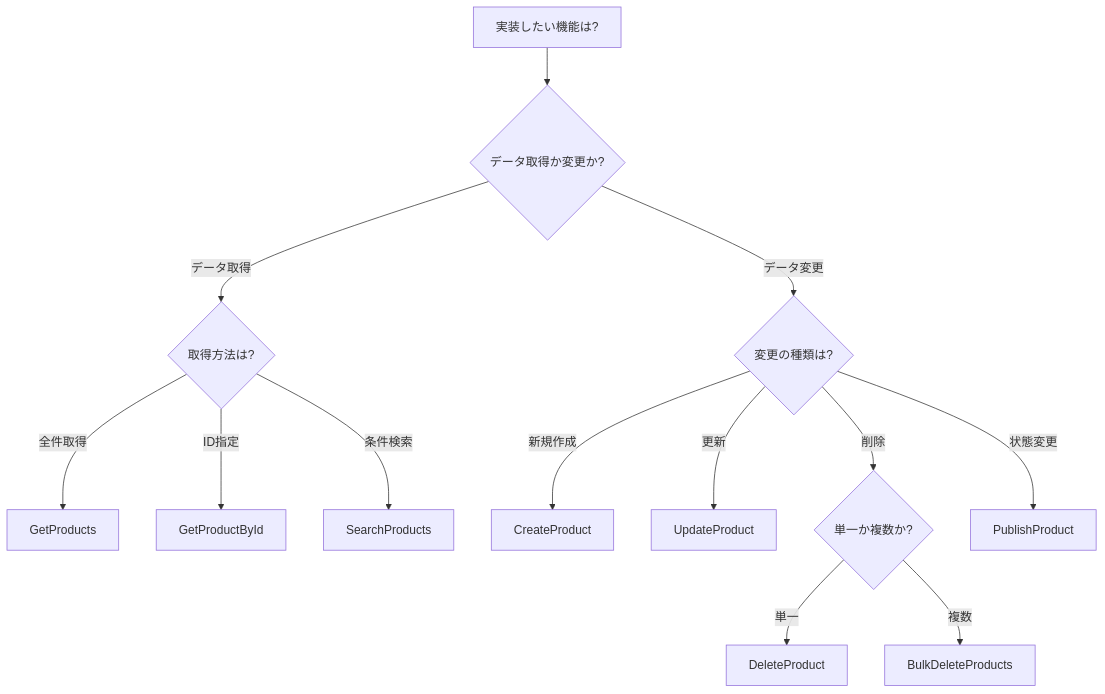
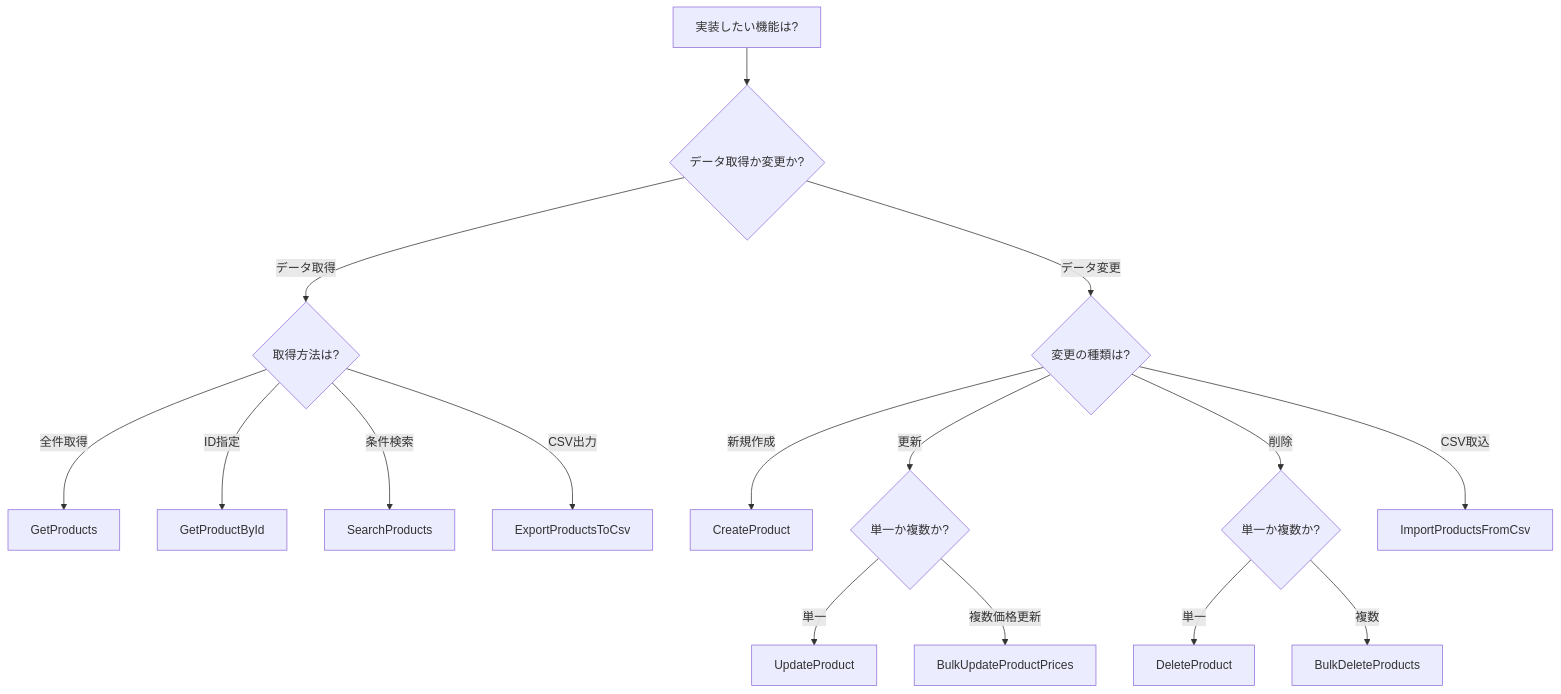
The diagram in docs/blazor-guide-package/docs/03_パターンカタログ一覧.md (akiramei/blazor-enterprise-architecture-poc), drawn with Mermaid before and after one commit. The commit also changed other lines of this file, not shown here.

````diff
--- a/docs/blazor-guide-package/docs/03_パターンカタログ一覧.md
+++ b/docs/blazor-guide-package/docs/03_パターンカタログ一覧.md
@@ -431,19 +665,23 @@
 ```mermaid
 graph TD
     A[実装したい機能は?] --> B{データ取得か変更か?}
 
     B -->|データ取得| C{取得方法は?}
     B -->|データ変更| D{変更の種類は?}
 
     C -->|全件取得| E[GetProducts]
     C -->|ID指定| F[GetProductById]
     C -->|条件検索| G[SearchProducts]
+    C -->|CSV出力| H[ExportProductsToCsv]
 
-    D -->|新規作成| H[CreateProduct]
-    D -->|更新| I[UpdateProduct]
-    D -->|削除| J{単一か複数か?}
-    D -->|状態変更| K[PublishProduct]
+    D -->|新規作成| I[CreateProduct]
+    D -->|更新| J{単一か複数か?}
+    D -->|削除| K{単一か複数か?}
+    D -->|CSV取込| L[ImportProductsFromCsv]
 
-    J -->|単一| L[DeleteProduct]
-    J -->|複数| M[BulkDeleteProducts]
+    J -->|単一| M[UpdateProduct]
+    J -->|複数価格更新| N[BulkUpdateProductPrices]
+
+    K -->|単一| O[DeleteProduct]
+    K -->|複数| P[BulkDeleteProducts]
 ```
````
